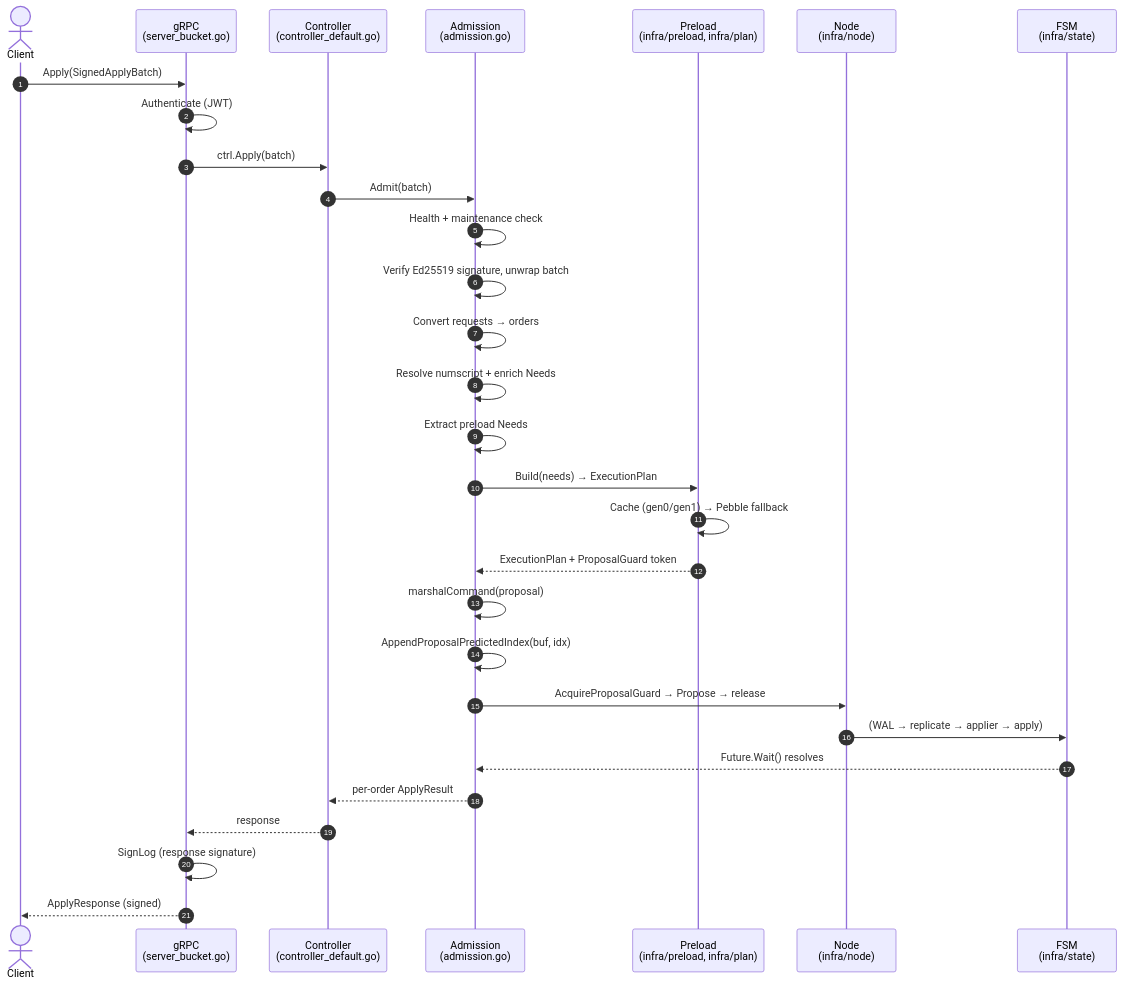
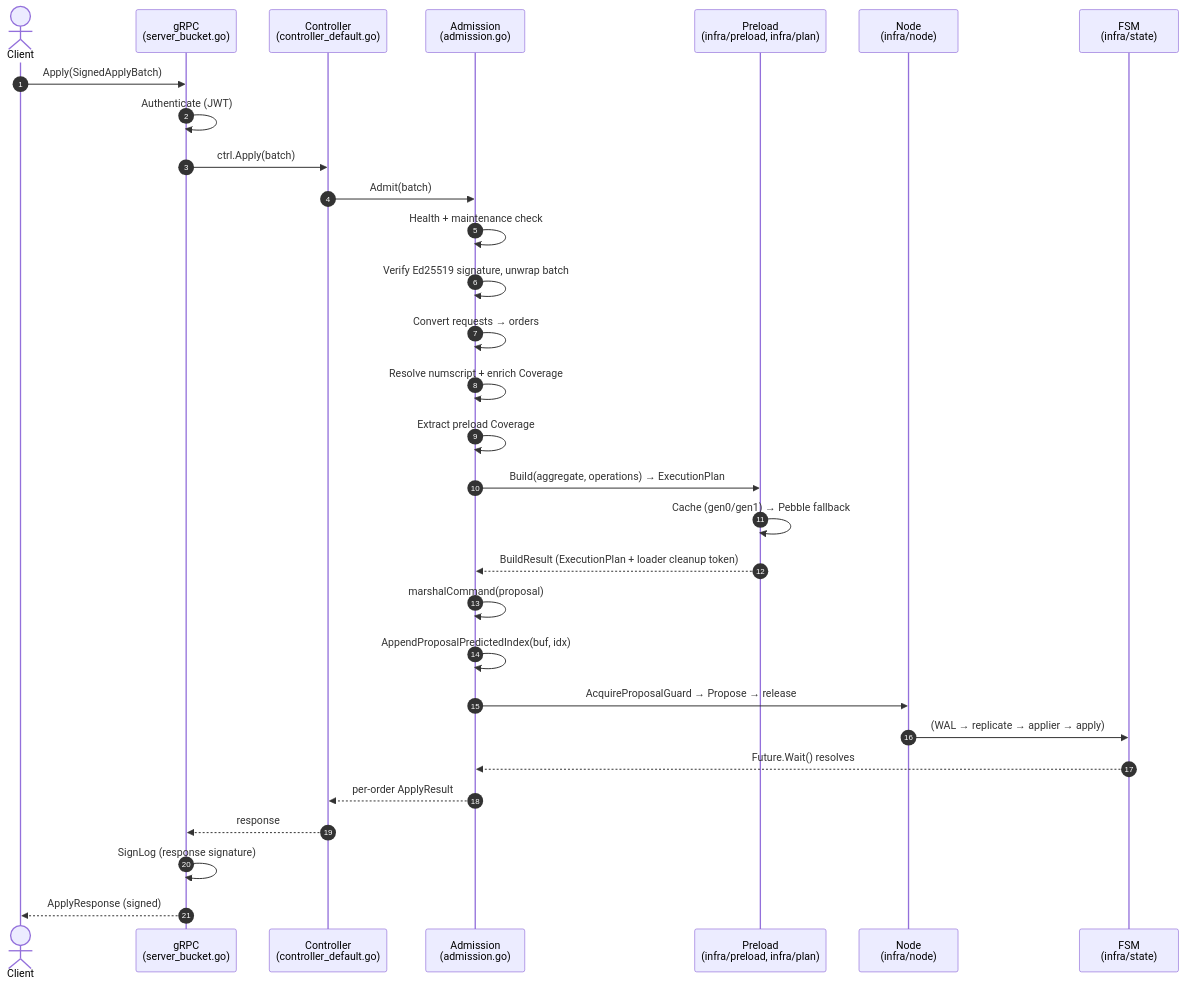
The diagram in docs/technical/architecture/subsystems/admission/pipeline.md (formancehq/ledger), drawn with Mermaid before and after one commit. The commit also changed other lines of this file and 7 other files, not shown here.

````diff
--- a/docs/technical/architecture/subsystems/admission/pipeline.md
+++ b/docs/technical/architecture/subsystems/admission/pipeline.md
@@ -9,33 +9,33 @@
 ```mermaid
 sequenceDiagram
     autonumber
     actor C as Client
     participant G as gRPC<br/>(server_bucket.go)
     participant Ctrl as Controller<br/>(controller_default.go)
     participant A as Admission<br/>(admission.go)
     participant Pre as Preload<br/>(infra/preload, infra/plan)
     participant N as Node<br/>(infra/node)
     participant FSM as FSM<br/>(infra/state)
 
     C->>G: Apply(SignedApplyBatch)
     G->>G: Authenticate (JWT)
     G->>Ctrl: ctrl.Apply(batch)
     Ctrl->>A: Admit(batch)
     A->>A: Health + maintenance check
     A->>A: Verify Ed25519 signature, unwrap batch
     A->>A: Convert requests → orders
-    A->>A: Resolve numscript + enrich Needs
-    A->>A: Extract preload Needs
-    A->>Pre: Build(needs) → ExecutionPlan
+    A->>A: Resolve numscript + enrich Coverage
+    A->>A: Extract preload Coverage
+    A->>Pre: Build(aggregate, operations) → ExecutionPlan
     Pre->>Pre: Cache (gen0/gen1) → Pebble fallback
-    Pre-->>A: ExecutionPlan + ProposalGuard token
+    Pre-->>A: BuildResult (ExecutionPlan + loader cleanup token)
     A->>A: marshalCommand(proposal)
     A->>A: AppendProposalPredictedIndex(buf, idx)
     A->>N: AcquireProposalGuard → Propose → release
     N->>FSM: (WAL → replicate → applier → apply)
     FSM-->>A: Future.Wait() resolves
     A-->>Ctrl: per-order ApplyResult
     Ctrl-->>G: response
     G->>G: SignLog (response signature)
     G-->>C: ApplyResponse (signed)
 ```
````
